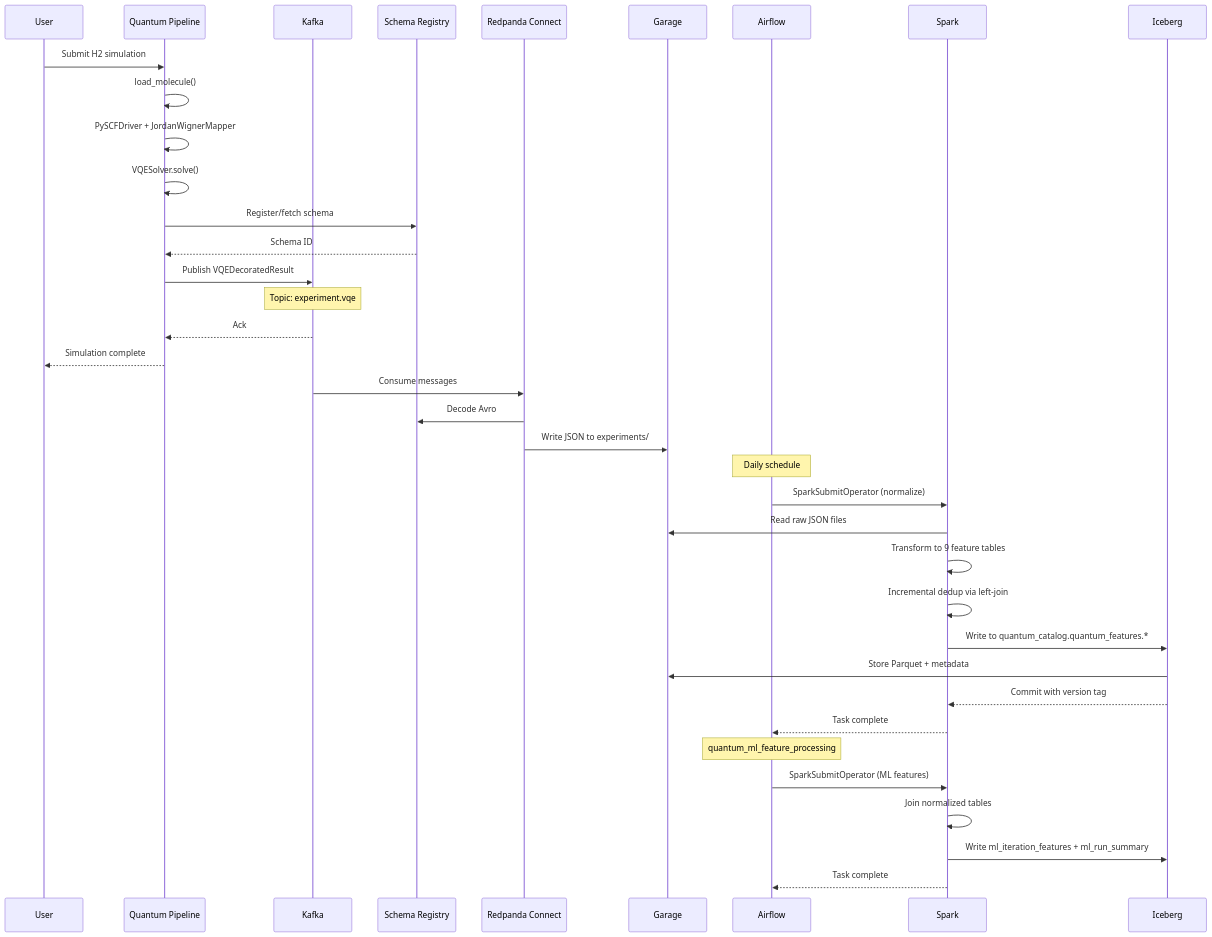
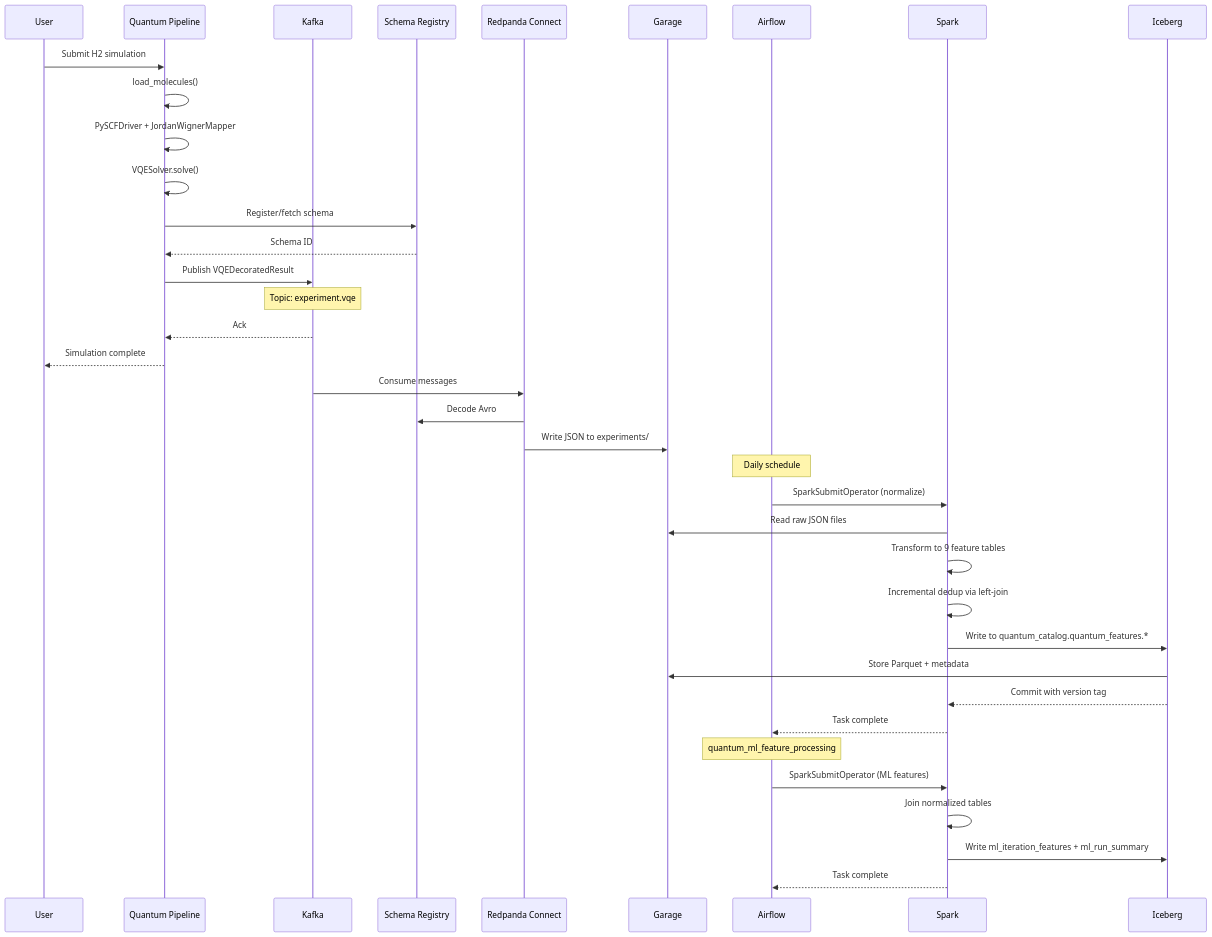
One commit to straightchlorine/quantum-pipeline changed the fourth of 4 diagrams in docs/architecture/data-flow.md. Above: the diagram before and after it, drawn with Mermaid. The commit also changed other lines of this file and 27 other files, not shown here.

````diff
--- a/docs/architecture/data-flow.md
+++ b/docs/architecture/data-flow.md
@@ -234,49 +223,49 @@
 ```mermaid
 sequenceDiagram
     participant User
     participant CLI as Quantum Pipeline
     participant Kafka
     participant Registry as Schema Registry
     participant RC as Redpanda Connect
     participant Garage
     participant Airflow
     participant Spark
     participant Iceberg
 
     User->>CLI: Submit H2 simulation
-    CLI->>CLI: load_molecule()
+    CLI->>CLI: load_molecules()
     CLI->>CLI: PySCFDriver + JordanWignerMapper
     CLI->>CLI: VQESolver.solve()
 
     CLI->>Registry: Register/fetch schema
     Registry-->>CLI: Schema ID
 
     CLI->>Kafka: Publish VQEDecoratedResult
     Note over Kafka: Topic: experiment.vqe
     Kafka-->>CLI: Ack
 
     CLI-->>User: Simulation complete
 
     Kafka->>RC: Consume messages
     RC->>Registry: Decode Avro
     RC->>Garage: Write JSON to experiments/
 
     Note over Airflow: Daily schedule
     Airflow->>Spark: SparkSubmitOperator (normalize)
 
     Spark->>Garage: Read raw JSON files
     Spark->>Spark: Transform to 9 feature tables
     Spark->>Spark: Incremental dedup via left-join
 
     Spark->>Iceberg: Write to quantum_catalog.quantum_features.*
     Iceberg->>Garage: Store Parquet + metadata
     Iceberg-->>Spark: Commit with version tag
 
     Spark-->>Airflow: Task complete
 
     Note over Airflow: quantum_ml_feature_processing
     Airflow->>Spark: SparkSubmitOperator (ML features)
     Spark->>Spark: Join normalized tables
     Spark->>Iceberg: Write ml_iteration_features + ml_run_summary
     Spark-->>Airflow: Task complete
 ```
````
